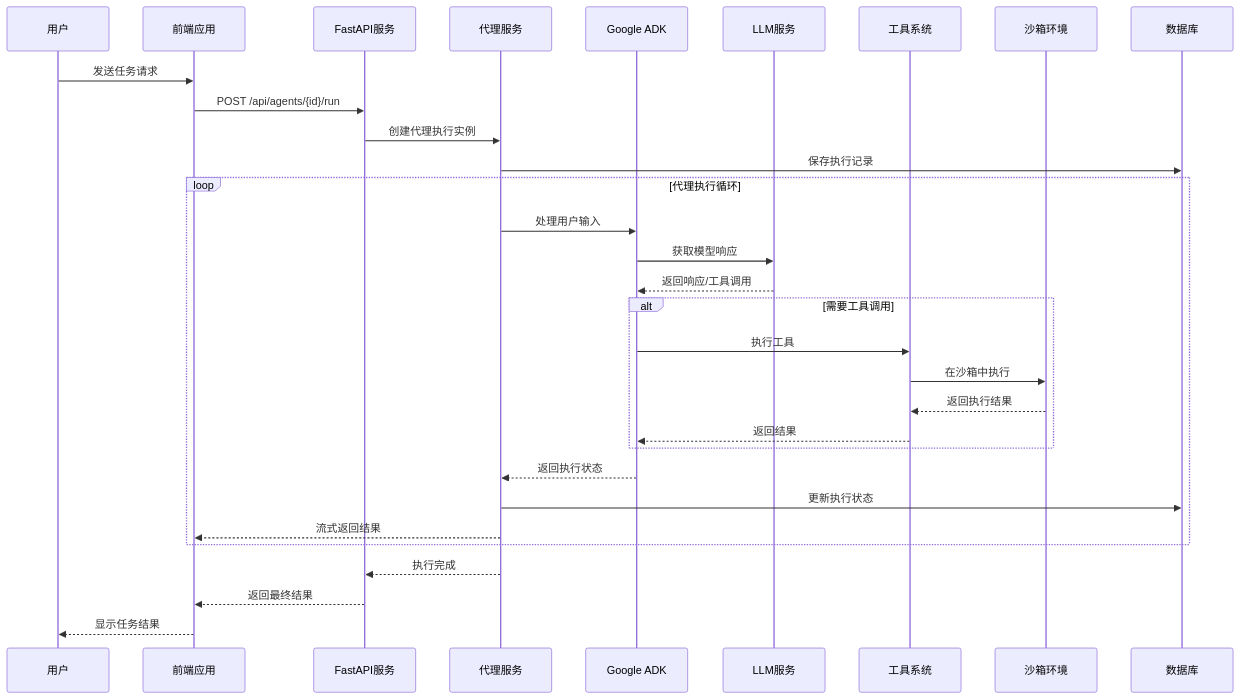
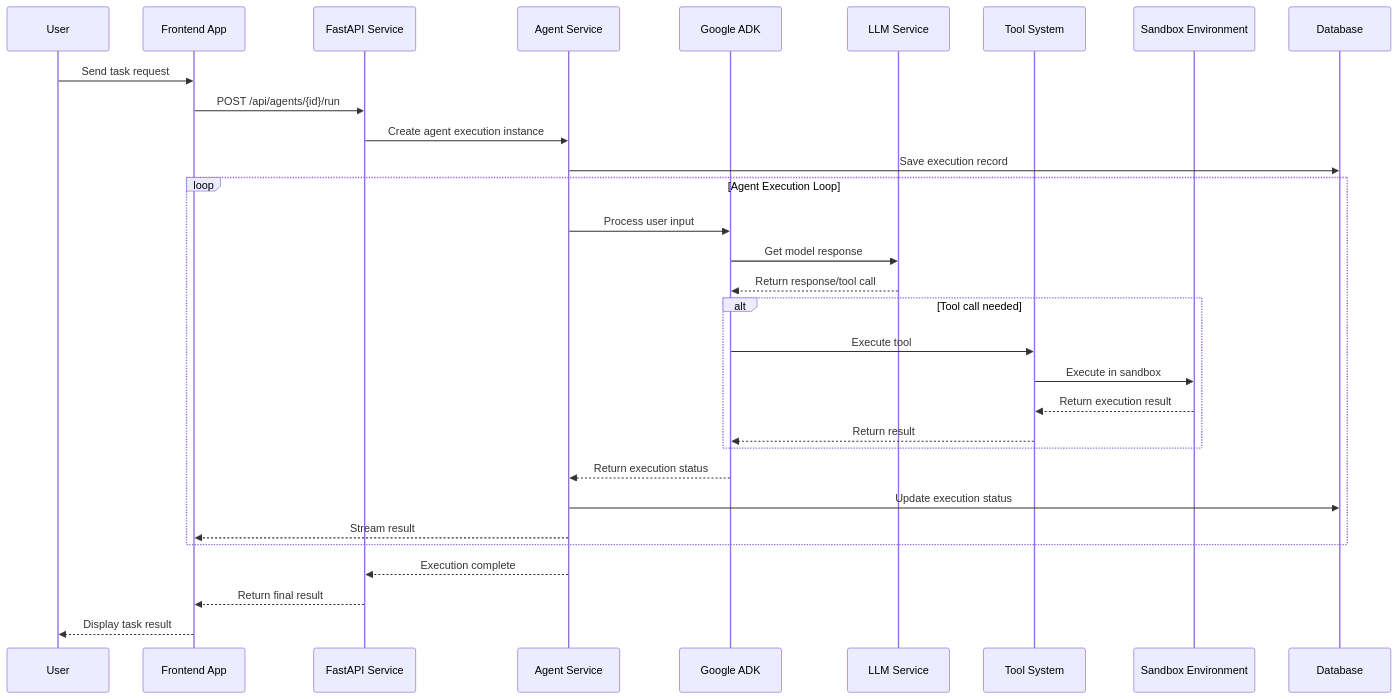
The third of 11 diagrams in README.md (zcxGGmu/Astraeus), drawn with Mermaid before and after one commit. The commit also changed other lines of this file, not shown here.

First line of the commit message:
docs: convert README architecture descriptions from Chinese to English

````diff
--- a/README.md
+++ b/README.md
@@ -352,36 +352,36 @@
 ```mermaid
 sequenceDiagram
-    participant User as 用户
-    participant Frontend as 前端应用
-    participant API as FastAPI服务
-    participant Agent as 代理服务
+    participant User as User
+    participant Frontend as Frontend App
+    participant API as FastAPI Service
+    participant Agent as Agent Service
     participant ADK as Google ADK
-    participant LLM as LLM服务
-    participant Tool as 工具系统
-    participant Sandbox as 沙箱环境
-    participant DB as 数据库
+    participant LLM as LLM Service
+    participant Tool as Tool System
+    participant Sandbox as Sandbox Environment
+    participant DB as Database
 
-    User->>Frontend: 发送任务请求
+    User->>Frontend: Send task request
     Frontend->>API: POST /api/agents/{id}/run
-    API->>Agent: 创建代理执行实例
-    Agent->>DB: 保存执行记录
+    API->>Agent: Create agent execution instance
+    Agent->>DB: Save execution record
 
-    loop 代理执行循环
-        Agent->>ADK: 处理用户输入
-        ADK->>LLM: 获取模型响应
-        LLM-->>ADK: 返回响应/工具调用
-        alt 需要工具调用
-            ADK->>Tool: 执行工具
-            Tool->>Sandbox: 在沙箱中执行
-            Sandbox-->>Tool: 返回执行结果
-            Tool-->>ADK: 返回结果
+    loop Agent Execution Loop
+        Agent->>ADK: Process user input
+        ADK->>LLM: Get model response
+        LLM-->>ADK: Return response/tool call
+        alt Tool call needed
+            ADK->>Tool: Execute tool
+            Tool->>Sandbox: Execute in sandbox
+            Sandbox-->>Tool: Return execution result
+            Tool-->>ADK: Return result
         end
-        ADK-->>Agent: 返回执行状态
-        Agent->>DB: 更新执行状态
-        Agent-->>Frontend: 流式返回结果
+        ADK-->>Agent: Return execution status
+        Agent->>DB: Update execution status
+        Agent-->>Frontend: Stream result
     end
 
-    Agent-->>API: 执行完成
-    API-->>Frontend: 返回最终结果
-    Frontend-->>User: 显示任务结果
+    Agent-->>API: Execution complete
+    API-->>Frontend: Return final result
+    Frontend-->>User: Display task result
 ```
````
